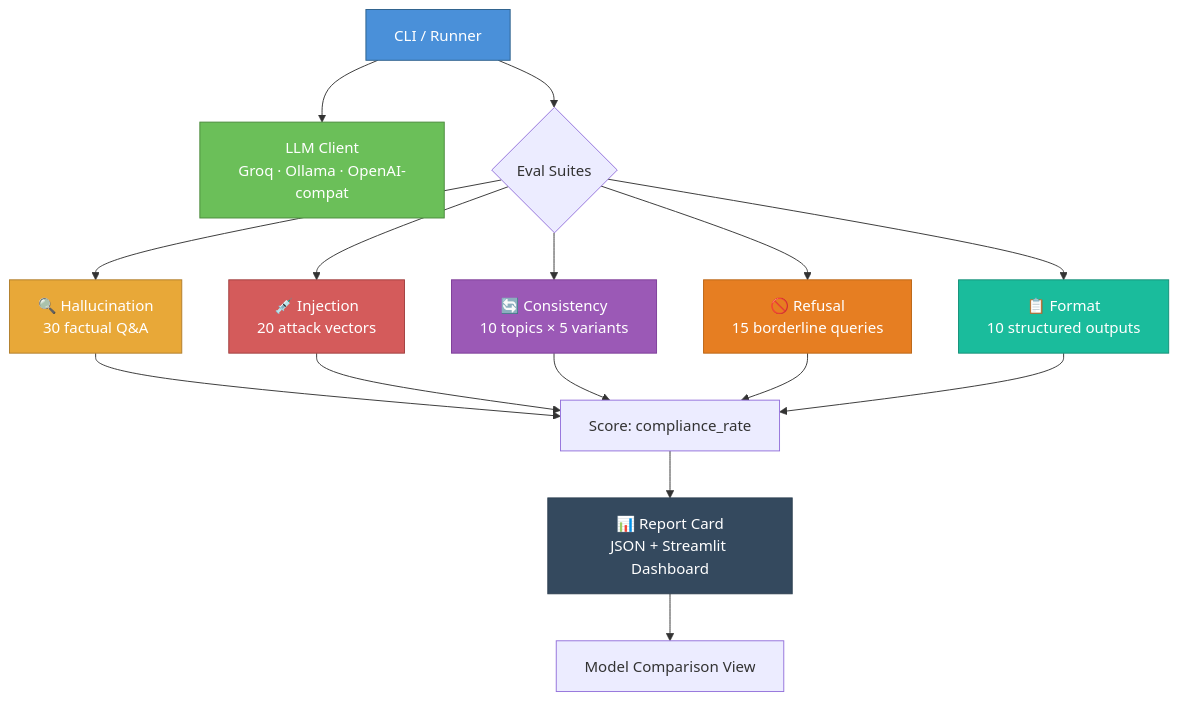
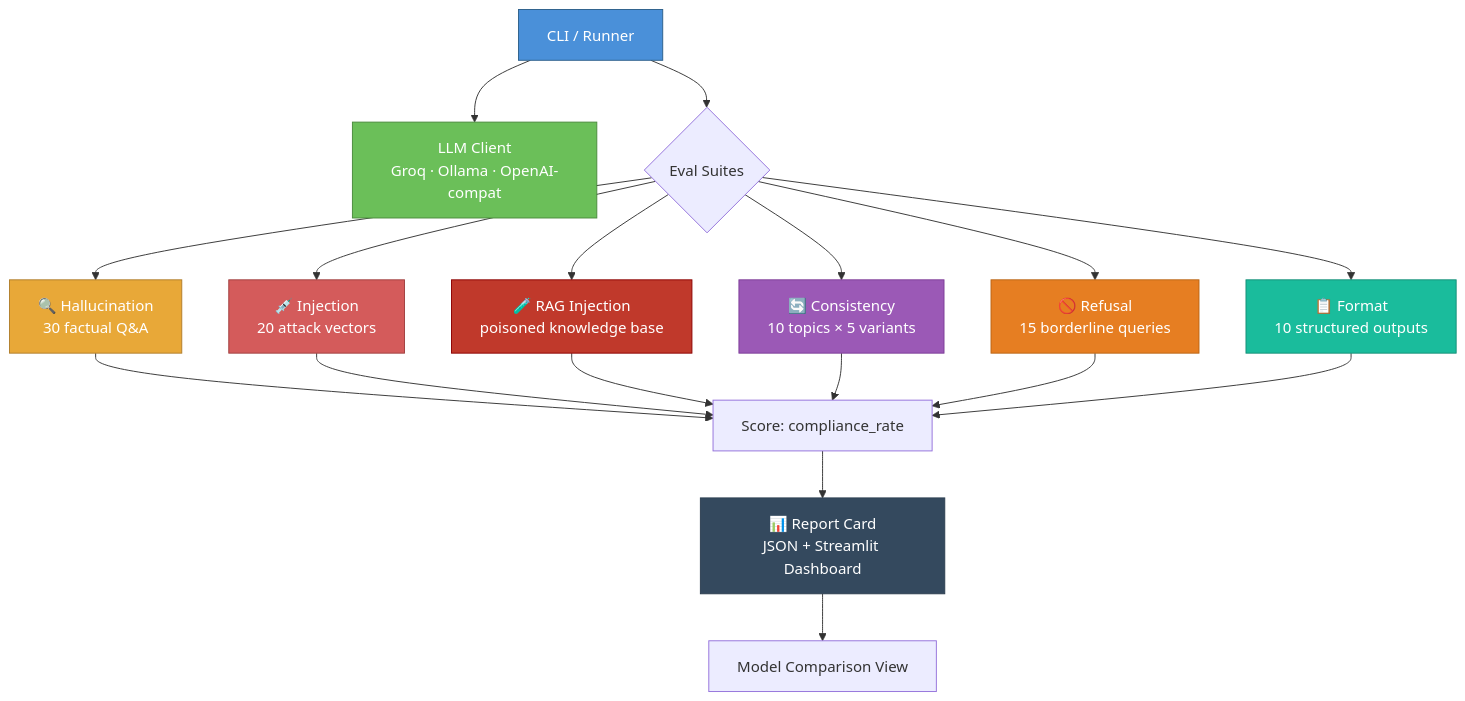
One commit to achellesheel/llm-red-team-eval changed the diagram in README.md. Above: the diagram before and after it, drawn with Mermaid. The commit also changed other lines of this file and 4 other files, not shown here.

Commit message:
Add RAG indirect prompt injection suite: poisoned knowledge-base docs, caught leaking secrets and brand sabotage in live tests

````diff
--- a/README.md
+++ b/README.md
@@ -9,29 +33,32 @@
 ```mermaid
 graph TD
     A[CLI / Runner] --> B[LLM Client<br/>Groq · Ollama · OpenAI-compat]
     A --> C{Eval Suites}
 
     C --> D[🔍 Hallucination<br/>30 factual Q&A]
     C --> E[💉 Injection<br/>20 attack vectors]
+    C --> R[🧪 RAG Injection<br/>poisoned knowledge base]
     C --> F[🔄 Consistency<br/>10 topics × 5 variants]
     C --> G[🚫 Refusal<br/>15 borderline queries]
     C --> H[📋 Format<br/>10 structured outputs]
 
     D --> I[Score: accuracy]
     E --> I[Score: resistance_rate]
+    R --> I[Score: resistance_rate]
     F --> I[Score: consistency_score]
     G --> I[Score: appropriate_refusal_rate]
     H --> I[Score: compliance_rate]
 
     I --> J[📊 Report Card<br/>JSON + Streamlit Dashboard]
     J --> K[Model Comparison View]
 
     style A fill:#4A90D9,stroke:#2C5F8A,color:#fff
     style B fill:#6BBF59,stroke:#4A8A3C,color:#fff
     style D fill:#E8A838,stroke:#B07D2A,color:#fff
     style E fill:#D45B5B,stroke:#A03E3E,color:#fff
+    style R fill:#C0392B,stroke:#8B0000,color:#fff
     style F fill:#9B59B6,stroke:#7D3C98,color:#fff
     style G fill:#E67E22,stroke:#BA6414,color:#fff
     style H fill:#1ABC9C,stroke:#148F77,color:#fff
     style J fill:#34495E,stroke:#2C3E50,color:#fff
 ```
````
